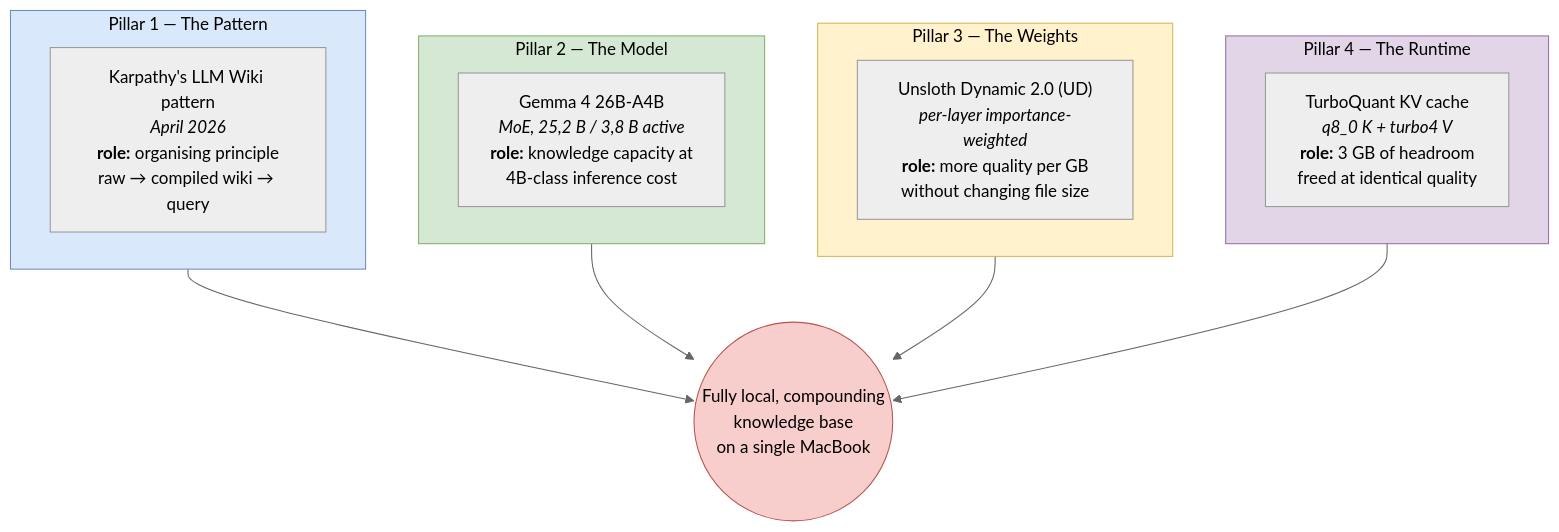
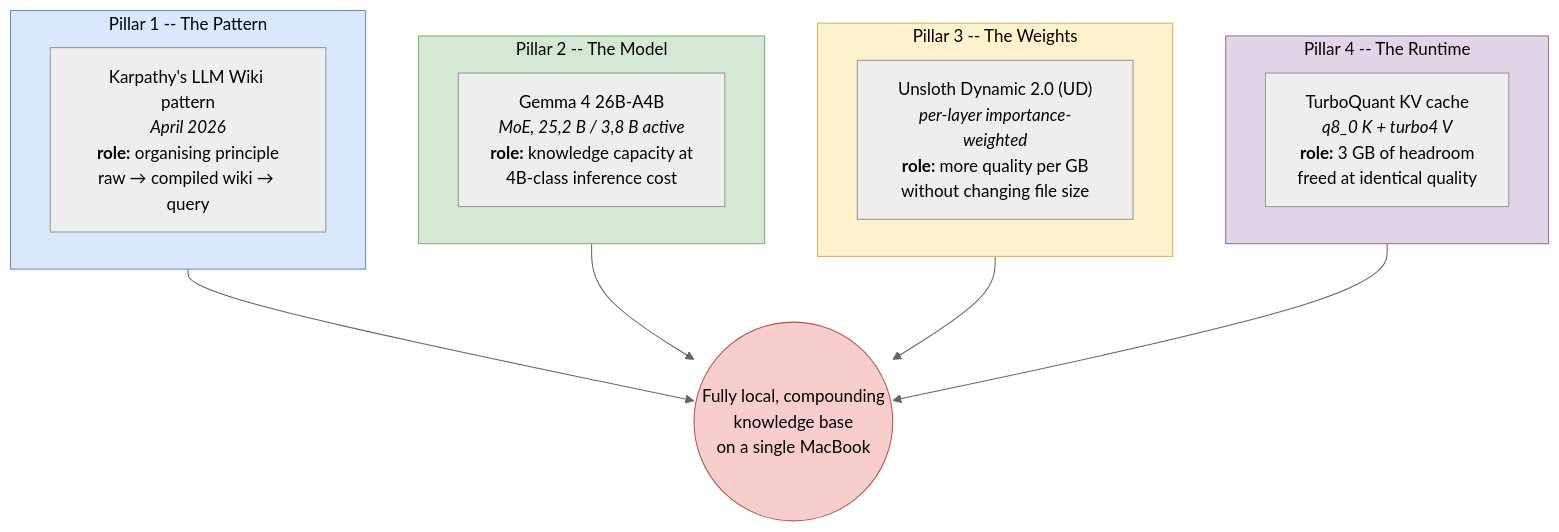
Before and after one commit to DimitrisLianos/LLM_Wiki_SecondBrain: the first of 2 diagrams in docs/arc42/04-solution-strategy.md, drawn with Mermaid (neutral theme). The commit also changed other lines of this file and 10 other files, not shown here.

First line of the commit message:
fix: replace HTML entities in Mermaid blocks with plain characters

````diff
--- a/docs/arc42/04-solution-strategy.md
+++ b/docs/arc42/04-solution-strategy.md
@@ -11,28 +11,28 @@
 ```mermaid
 graph TB
- subgraph P1 ["Pillar 1 &mdash; The Pattern"]
- p1["Karpathy's LLM Wiki pattern<br/><i>April 2026</i><br/><b>role:</b> organising principle<br/>raw &rarr; compiled wiki &rarr; query"]
+ subgraph P1 ["Pillar 1 -- The Pattern"]
+ p1["Karpathy's LLM Wiki pattern<br/><i>April 2026</i><br/><b>role:</b> organising principle<br/>raw → compiled wiki → query"]
  end
- subgraph P2 ["Pillar 2 &mdash; The Model"]
+ subgraph P2 ["Pillar 2 -- The Model"]
  p2["Gemma 4 26B-A4B<br/><i>MoE, 25,2 B / 3,8 B active</i><br/><b>role:</b> knowledge capacity at<br/>4B-class inference cost"]
  end
- subgraph P3 ["Pillar 3 &mdash; The Weights"]
+ subgraph P3 ["Pillar 3 -- The Weights"]
  p3["Unsloth Dynamic 2.0 (UD)<br/><i>per-layer importance-weighted</i><br/><b>role:</b> more quality per GB<br/>without changing file size"]
  end
- subgraph P4 ["Pillar 4 &mdash; The Runtime"]
+ subgraph P4 ["Pillar 4 -- The Runtime"]
  p4["TurboQuant KV cache<br/><i>q8_0 K + turbo4 V</i><br/><b>role:</b> 3 GB of headroom<br/>freed at identical quality"]
  end
 
  P1 --> SYS
  P2 --> SYS
  P3 --> SYS
  P4 --> SYS
 
  SYS(("Fully local, compounding<br/>knowledge base<br/>on a single MacBook"))
 
  style P1 fill:#dae8fc,stroke:#6c8ebf,color:#000
  style P2 fill:#d5e8d4,stroke:#82b366,color:#000
  style P3 fill:#fff2cc,stroke:#d6b656,color:#000
  style P4 fill:#e1d5e7,stroke:#9673a6,color:#000
  style SYS fill:#f8cecc,stroke:#b85450,color:#000
 ```
````
